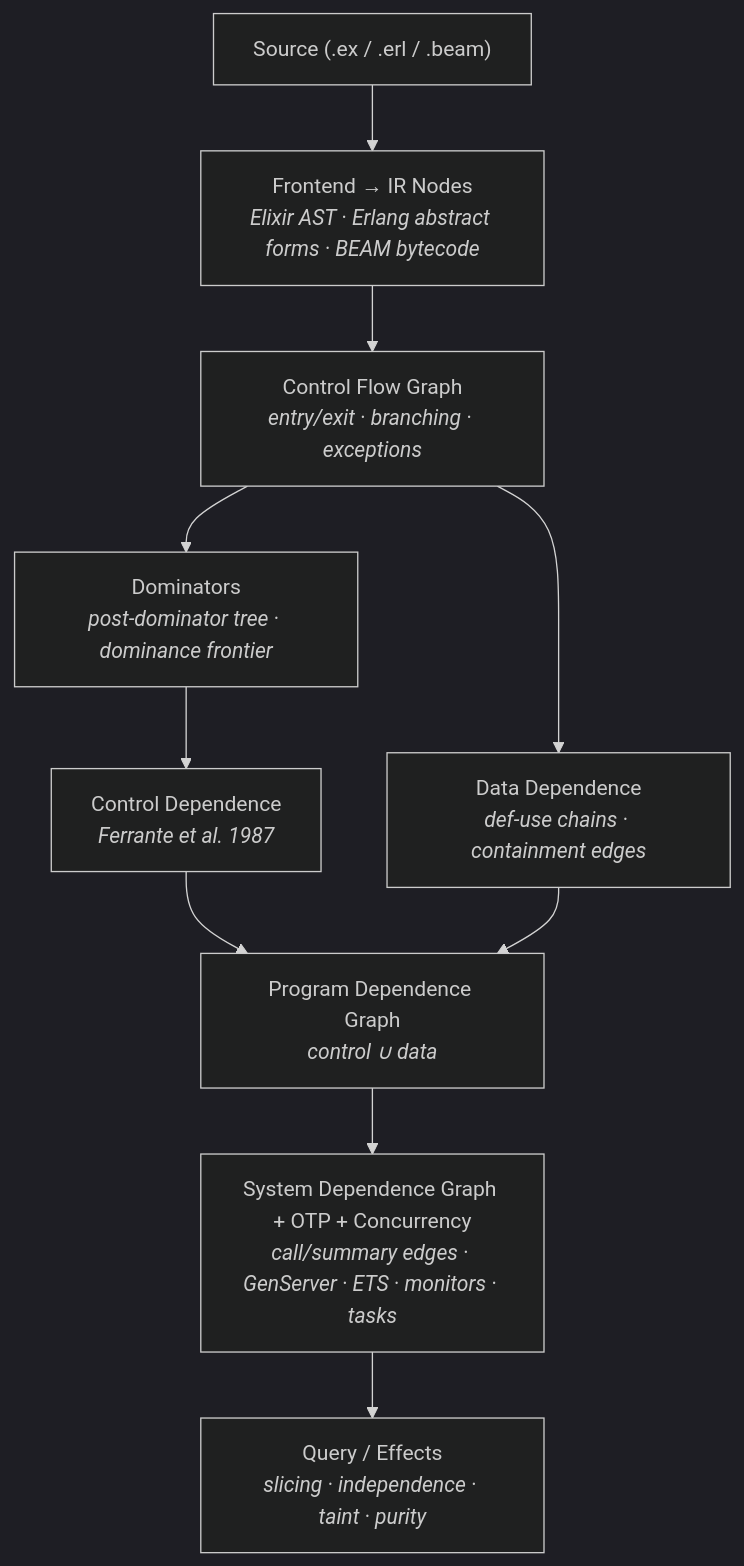
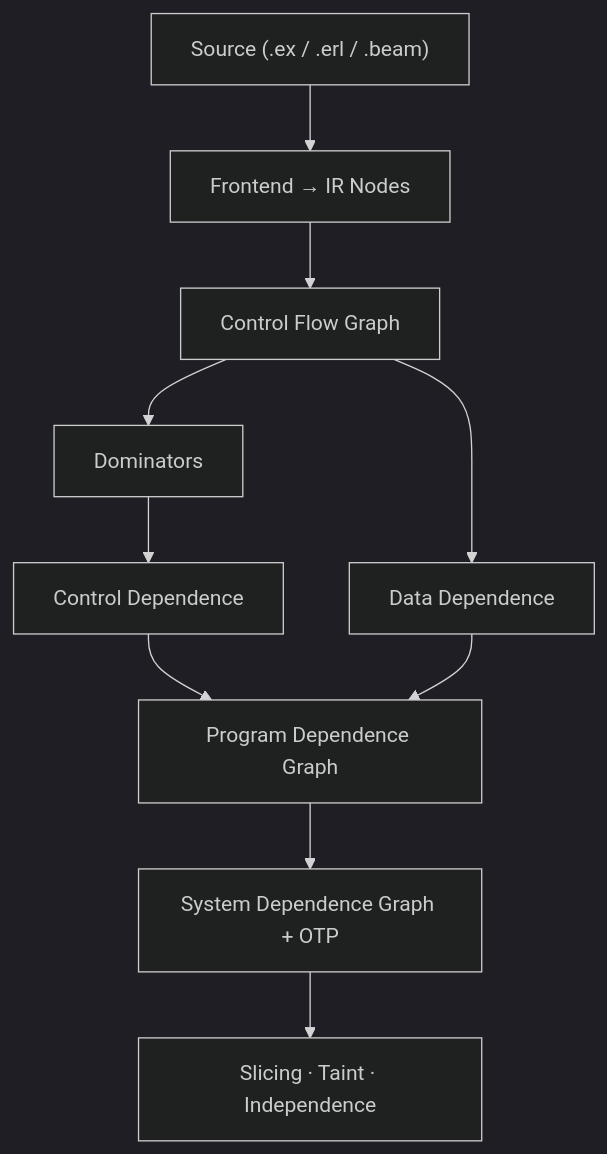
One commit to EnthuZiastic/reach changed the diagram in README.md. Above: the diagram before and after it, drawn with Mermaid (dark theme). The commit also changed other lines of this file, not shown here.

````diff
--- a/README.md
+++ b/README.md
@@ -342,13 +192,13 @@
 ```mermaid
 graph TD
     Source["Source (.ex / .erl / .beam)"] --> Frontend
-    Frontend["Frontend → IR Nodes<br/><i>Elixir AST · Erlang abstract forms · BEAM bytecode</i>"] --> CFG
-    CFG["Control Flow Graph<br/><i>entry/exit · branching · exceptions</i>"] --> Dom
-    Dom["Dominators<br/><i>post-dominator tree · dominance frontier</i>"] --> CD
-    CD["Control Dependence<br/><i>Ferrante et al. 1987</i>"] --> PDG
+    Frontend["Frontend → IR Nodes"] --> CFG
+    CFG["Control Flow Graph"] --> Dom
+    Dom["Dominators"] --> CD
+    CD["Control Dependence"] --> PDG
     CFG --> DD
-    DD["Data Dependence<br/><i>def-use chains · containment edges</i>"] --> PDG
-    PDG["Program Dependence Graph<br/><i>control ∪ data</i>"] --> SDG
-    SDG["System Dependence Graph + OTP + Concurrency<br/><i>call/summary edges · GenServer · ETS · monitors · tasks</i>"] --> Query
-    Query["Query / Effects<br/><i>slicing · independence · taint · purity</i>"]
+    DD["Data Dependence"] --> PDG
+    PDG["Program Dependence Graph"] --> SDG
+    SDG["System Dependence Graph + OTP"] --> Query
+    Query["Slicing · Taint · Independence"]
 ```
````
